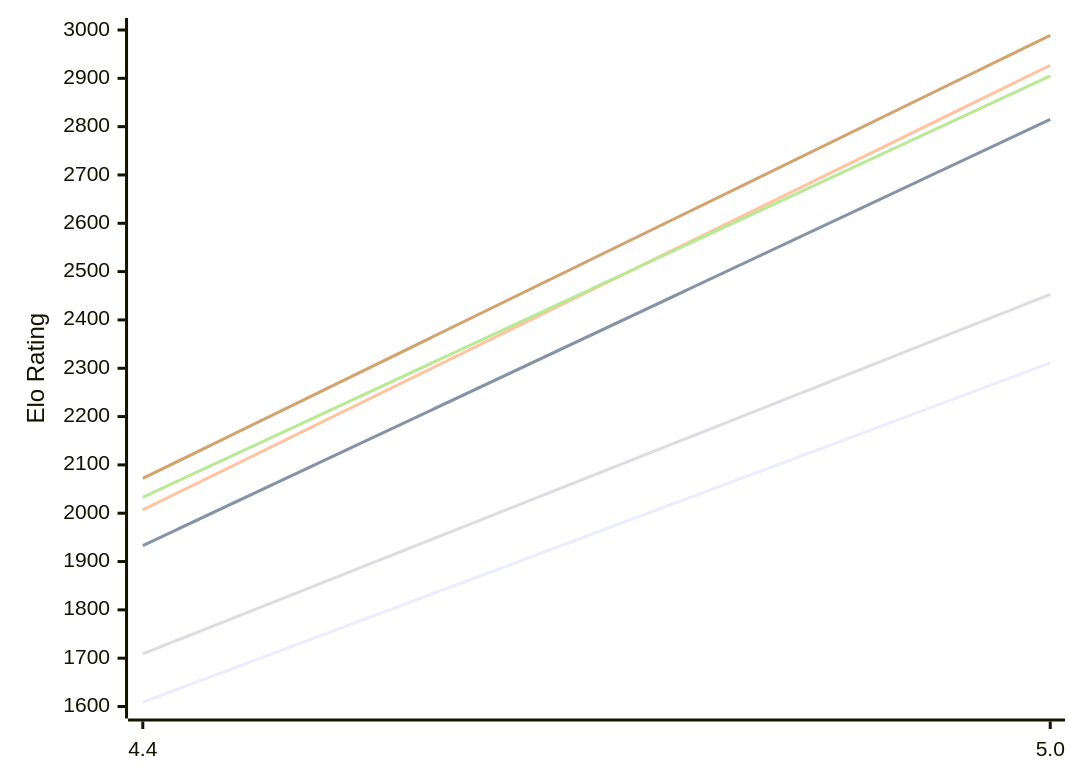
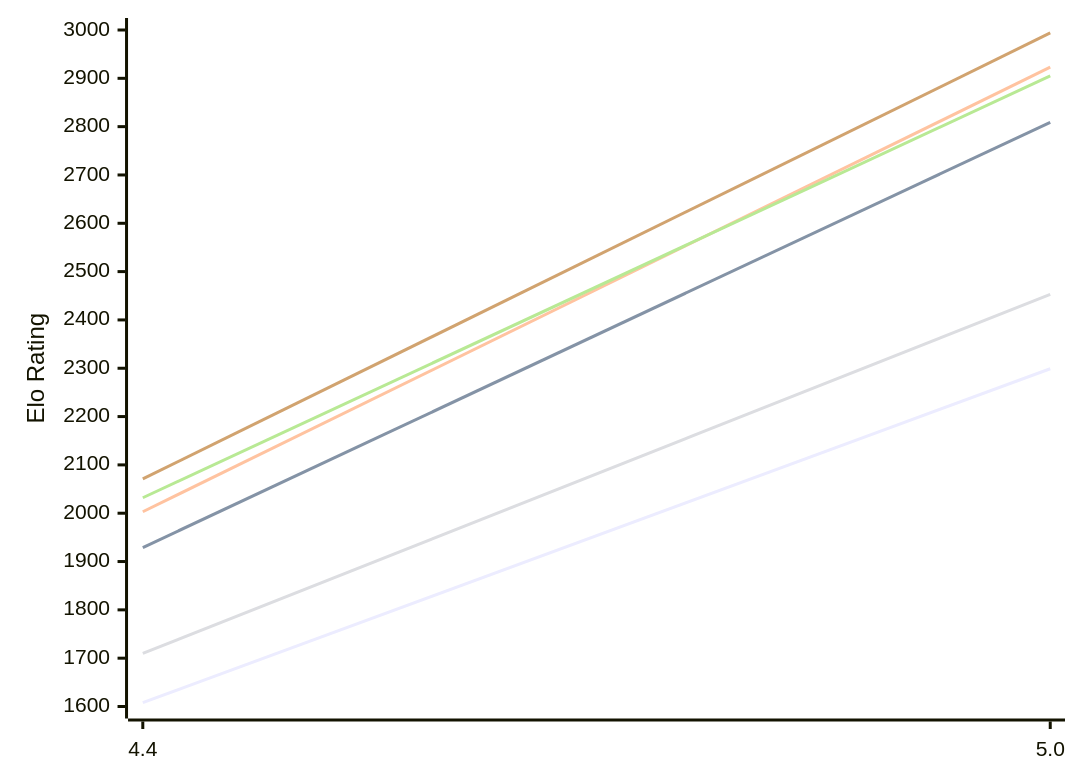
Before and after one commit to computer-chess-index/cci: the first of 2 diagrams in engines/Radiance.md, drawn with Mermaid. The commit also changed other lines of this file, not shown here.

Commit message:
Update CCI Ratings (ELO VLTC) - 2026-11-09

````diff
--- a/engines/Radiance.md
+++ b/engines/Radiance.md
@@ -51,12 +51,12 @@
 ```mermaid
 %%{init: {"theme":"base","themeVariables":{"seriesColors:['#a3a3a3','#222221','#faa371']}}}%%
 xychart-beta
   x-axis ["4.4", "5.0"]
   y-axis "Elo Rating" 1600 --> 3000
-  line "E1: STC (8.0+0.08s)" [1609, 2311]
-  line "E1: LTC (60.0+0.60s)" [1933, 2815]
-  line "E1: VLTC (2m24s+1.12s)" [2007, 2927]
-  line "P1: STC (8.0+0.08s)" [1709, 2453]
-  line "P1: LTC (60.0+0.60s)" [2033, 2905]
-  line "P1: VLTC (2m24s+1.12s)" [2072, 2989]
+  line "E1: STC (8.0+0.08s)" [1608, 2299]
+  line "E1: LTC (60.0+0.60s)" [1929, 2809]
+  line "E1: VLTC (2m24s+1.12s)" [2003, 2923]
+  line "P1: STC (8.0+0.08s)" [1710, 2453]
+  line "P1: LTC (60.0+0.60s)" [2032, 2905]
+  line "P1: VLTC (2m24s+1.12s)" [2071, 2994]
 ```
````
